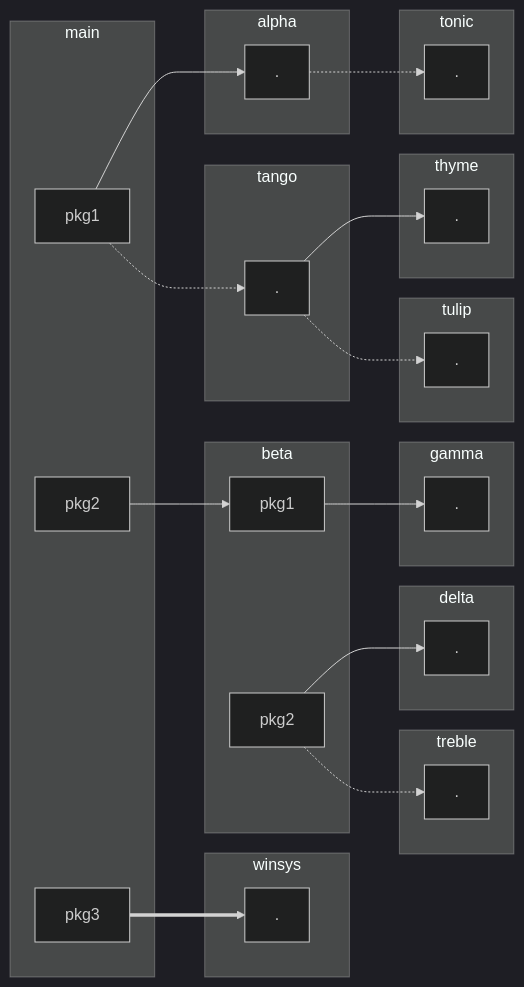
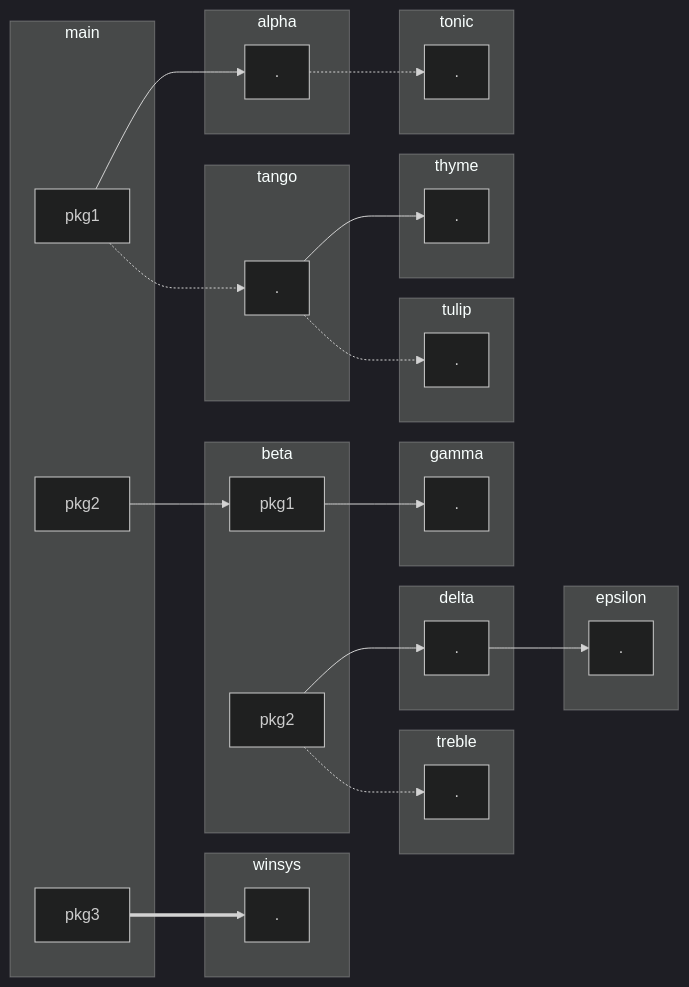
One commit to FiloSottile/mostly-harmless changed the diagram in deps/README.md. Above: the diagram before and after it, drawn with Mermaid (dark theme). The commit also changed 3 other files, not shown here.

Commit message:
deps: add delta -> epsilon dep

````diff
--- a/deps/README.md
+++ b/deps/README.md
@@ -1,60 +1,65 @@
 ```mermaid
 flowchart LR
     subgraph main["main"]
         main_pkg1["pkg1"]
         main_pkg2["pkg2"]
         main_pkg3["pkg3"]
     end
     
     subgraph beta["beta"]
         beta_pkg1["pkg1"]
         beta_pkg2["pkg2"]
     end
     
     subgraph alpha["alpha"]
         alpha_["."]
     end
     
     subgraph gamma["gamma"]
         gamma_["."]
     end
     
     subgraph delta["delta"]
         delta_["."]
     end
     
+    subgraph epsilon["epsilon"]
+        epsilon_["."]
+    end
+
     subgraph tango["tango"]
         tango_["."]
     end
     
     subgraph tonic["tonic"]
         tonic_["."]
     end
     
     subgraph treble["treble"]
         treble_["."]
     end
     
     subgraph thyme["thyme"]
         thyme_["."]
     end
     
     subgraph tulip["tulip"]
         tulip_["."]
     end
     
     subgraph winsys["winsys"]
         winsys_["."]
     end
     
     main_pkg1 --> alpha_
     main_pkg2 --> beta_pkg1
     beta_pkg1 --> gamma_
     beta_pkg2 --> delta_
+    delta_ --> epsilon_
     main_pkg1 -.-> tango_
     alpha_ -.-> tonic_
     beta_pkg2 -.-> treble_
     tango_ --> thyme_
     tango_ -.-> tulip_
     main_pkg3 ==> winsys_
 ```
````
